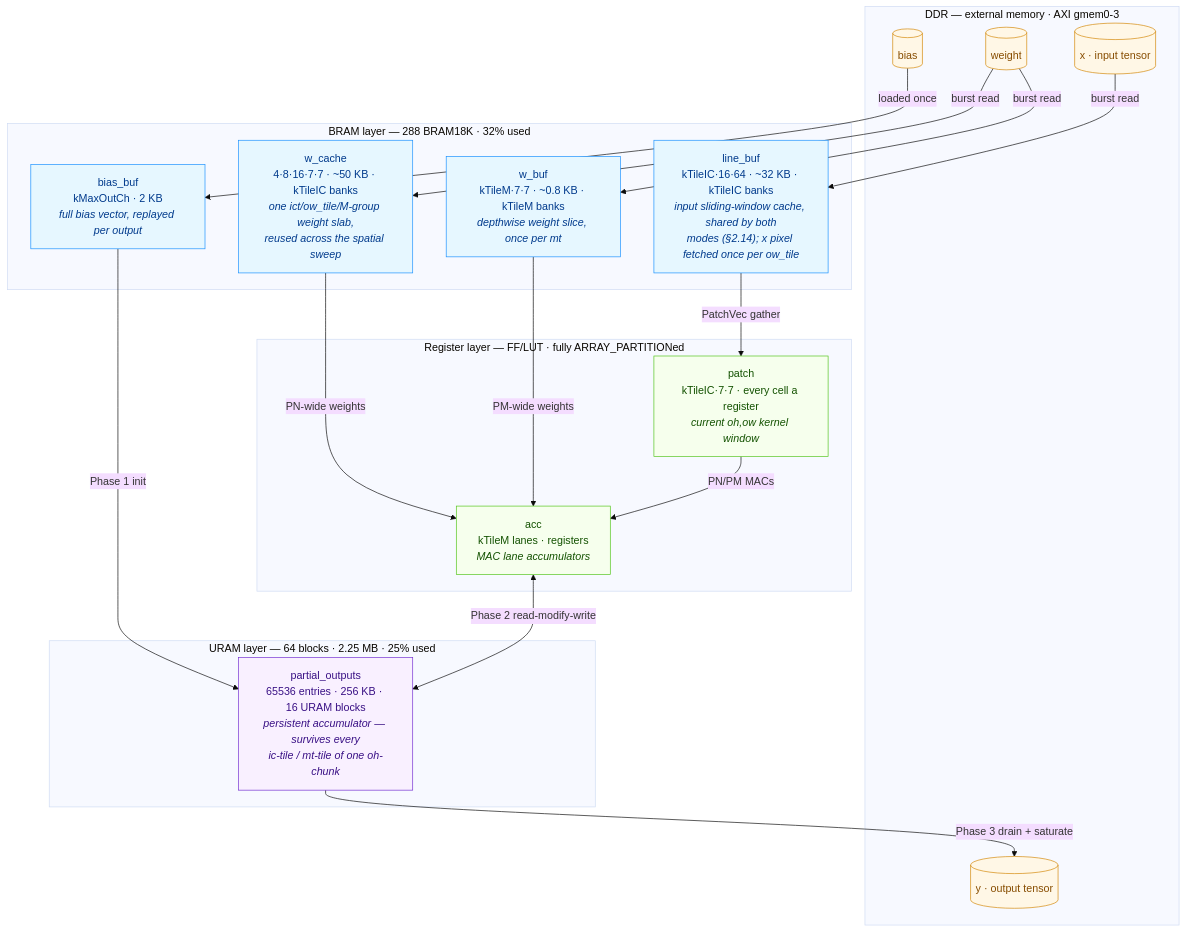
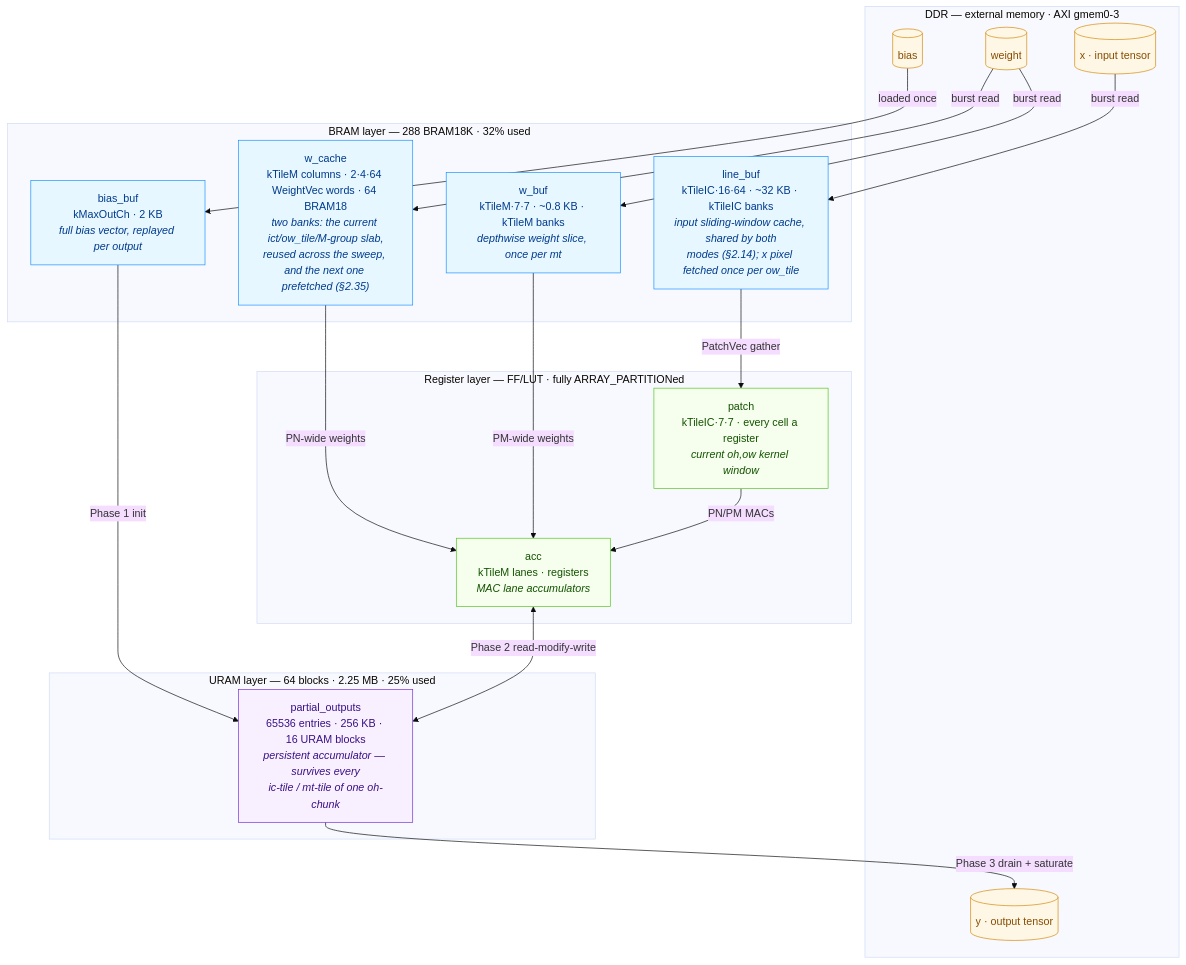
One commit to phoenix367/cormorant changed the diagram in doc/CONV_KERNEL.md. Above: the diagram before and after it, drawn with Mermaid (base theme). The commit also changed other lines of this file and 17 other files, not shown here.

````diff
--- a/doc/CONV_KERNEL.md
+++ b/doc/CONV_KERNEL.md
@@ -111,46 +111,46 @@
 ```mermaid
 flowchart TB
     subgraph DDR["DDR — external memory · AXI gmem0-3"]
         Xd[("x · input tensor")]
         Wd[("weight")]
         Bd[("bias")]
         Yd[("y · output tensor")]
     end
 
     subgraph URAML["URAM layer — 64 blocks · 2.25 MB · 25% used"]
         PO["partial_outputs<br/>65536 entries · 256 KB · 16 URAM blocks<br/><i>persistent accumulator — survives every<br/>ic-tile / mt-tile of one oh-chunk</i>"]
     end
 
     subgraph BRAML["BRAM layer — 288 BRAM18K · 32% used"]
         LB["line_buf<br/>kTileIC·16·64 · ~32 KB · kTileIC banks<br/><i>input sliding-window cache, shared by both<br/>modes (§2.14); x pixel fetched once per ow_tile</i>"]
-        WC["w_cache<br/>4·8·16·7·7 · ~50 KB · kTileIC banks<br/><i>one ict/ow_tile/M-group weight slab,<br/>reused across the spatial sweep</i>"]
+        WC["w_cache<br/>kTileM columns · 2·4·64 WeightVec words · 64 BRAM18<br/><i>two banks: the current ict/ow_tile/M-group slab,<br/>reused across the sweep, and the next one prefetched (§2.35)</i>"]
         WB["w_buf<br/>kTileM·7·7 · ~0.8 KB · kTileM banks<br/><i>depthwise weight slice, once per mt</i>"]
         BB["bias_buf<br/>kMaxOutCh · 2 KB<br/><i>full bias vector, replayed per output</i>"]
     end
 
     subgraph REGL["Register layer — FF/LUT · fully ARRAY_PARTITIONed"]
         PA["patch<br/>kTileIC·7·7 · every cell a register<br/><i>current oh,ow kernel window</i>"]
         AC["acc<br/>kTileM lanes · registers<br/><i>MAC lane accumulators</i>"]
     end
 
     Xd -->|burst read| LB
     Wd -->|burst read| WC
     Wd -->|burst read| WB
     Bd -->|loaded once| BB
     LB -->|PatchVec gather| PA
     WC -->|PN-wide weights| AC
     WB -->|PM-wide weights| AC
     PA -->|PN/PM MACs| AC
     BB -->|Phase 1 init| PO
     AC <-->|Phase 2 read-modify-write| PO
     PO -->|Phase 3 drain + saturate| Yd
 
     classDef ddr fill:#fff7e6,stroke:#d48806,color:#874d00
     classDef uram fill:#f9f0ff,stroke:#722ed1,color:#391085
     classDef bram fill:#e6f7ff,stroke:#1890ff,color:#003a8c
     classDef reg fill:#f6ffed,stroke:#52c41a,color:#135200
     class Xd,Wd,Bd,Yd ddr
     class PO uram
     class LB,WC,WB,BB bram
     class PA,AC reg
 ```
````
